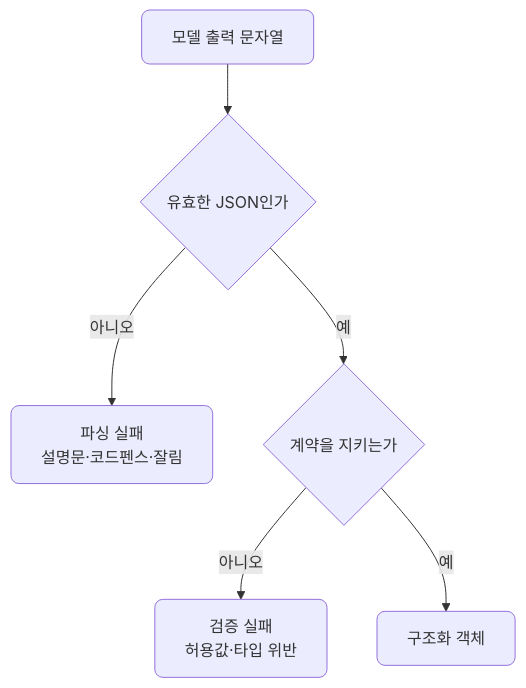
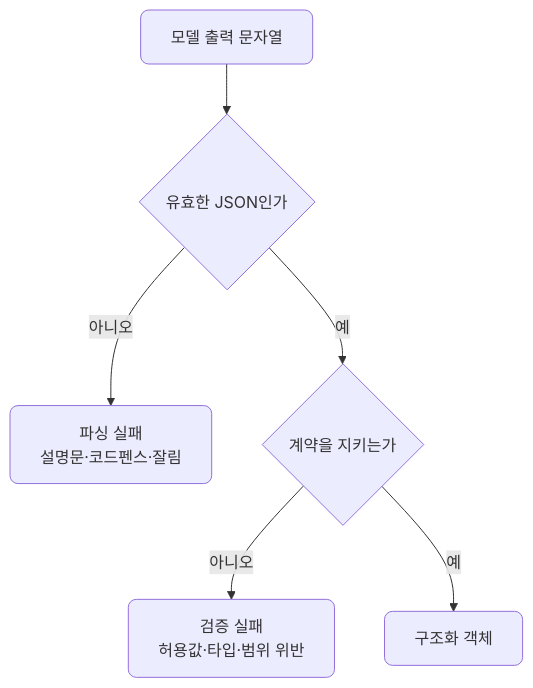
Before and after one commit to CodeCompose7/ai_service_engineering: the third of 5 diagrams in docs/section1/lec08/README.md, drawn with Mermaid. The commit also changed other lines of this file and 5 other files, not shown here.

````diff
--- a/docs/section1/lec08/README.md
+++ b/docs/section1/lec08/README.md
@@ -95,9 +100,9 @@
 ```mermaid
 flowchart TD
   S["모델 출력 문자열"] --> Q1{"유효한 JSON인가"}
   Q1 -->|"아니오"| L1["파싱 실패<br/>설명문·코드펜스·잘림"]
   Q1 -->|"예"| Q2{"계약을 지키는가"}
-  Q2 -->|"아니오"| L2["검증 실패<br/>허용값·타입 위반"]
+  Q2 -->|"아니오"| L2["검증 실패<br/>허용값·타입·범위 위반"]
   Q2 -->|"예"| OK["구조화 객체"]
   classDef default rx:8,ry:8;
 ```
````
